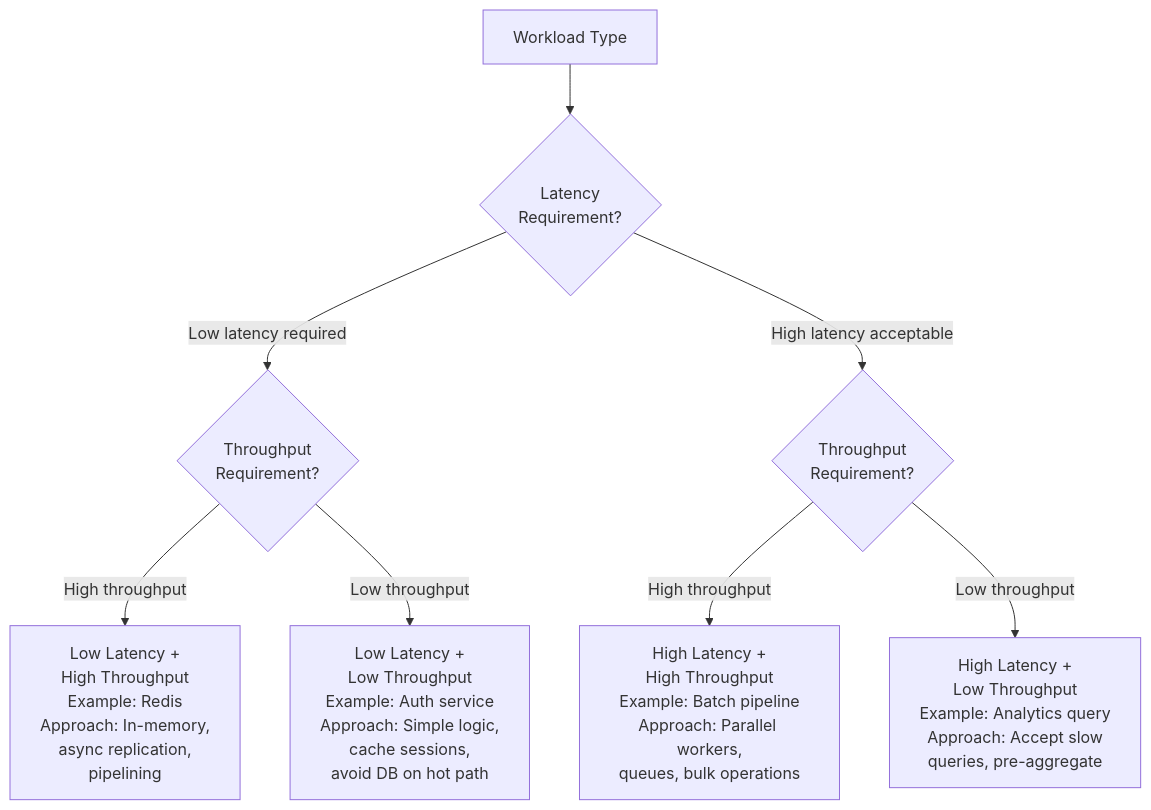
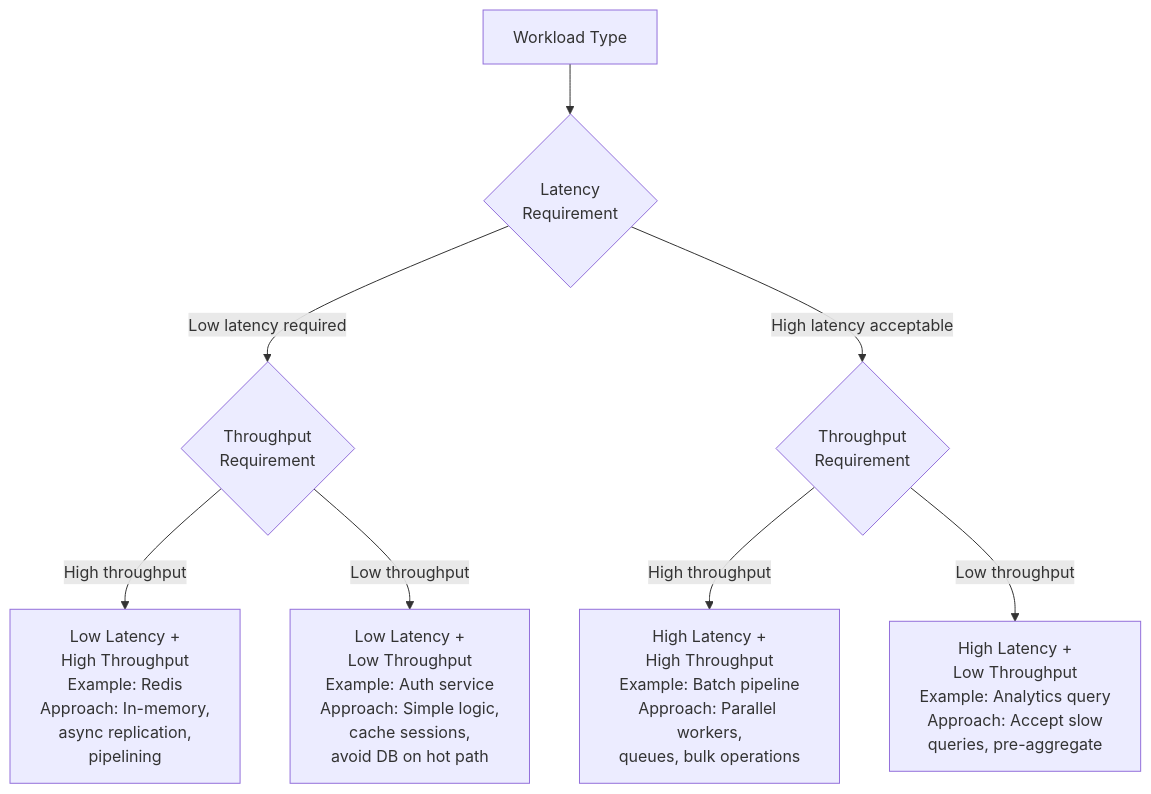
One commit to ranjeetnegi/System-Design-for-Staff-SWE changed the third of 12 diagrams in Section0/Chapter_5_Numbers_Estimation.md. Above: the diagram before and after it, drawn with Mermaid. The commit also changed other lines of this file and 11 other files, not shown here.

````diff
--- a/Section0/Chapter_5_Numbers_Estimation.md
+++ b/Section0/Chapter_5_Numbers_Estimation.md
@@ -568,12 +568,12 @@
 ```mermaid
 flowchart TD
-    A["Workload Type"] --> B{"Latency<br/>Requirement?"}
-    B -->|"Low latency required"| C{"Throughput<br/>Requirement?"}
-    B -->|"High latency acceptable"| D{"Throughput<br/>Requirement?"}
+    A["Workload Type"] --> B{"Latency<br/>Requirement "}
+    B -->|"Low latency required"| C{"Throughput<br/>Requirement "}
+    B -->|"High latency acceptable"| D{"Throughput<br/>Requirement "}
     
     C -->|"High throughput"| E["Low Latency +<br/>High Throughput<br/>Example: Redis<br/>Approach: In-memory,<br/>async replication,<br/>pipelining"]
     C -->|"Low throughput"| F["Low Latency +<br/>Low Throughput<br/>Example: Auth service<br/>Approach: Simple logic,<br/>cache sessions,<br/>avoid DB on hot path"]
     
     D -->|"High throughput"| G["High Latency +<br/>High Throughput<br/>Example: Batch pipeline<br/>Approach: Parallel workers,<br/>queues, bulk operations"]
     D -->|"Low throughput"| H["High Latency +<br/>Low Throughput<br/>Example: Analytics query<br/>Approach: Accept slow<br/>queries, pre-aggregate"]
 ```
````
